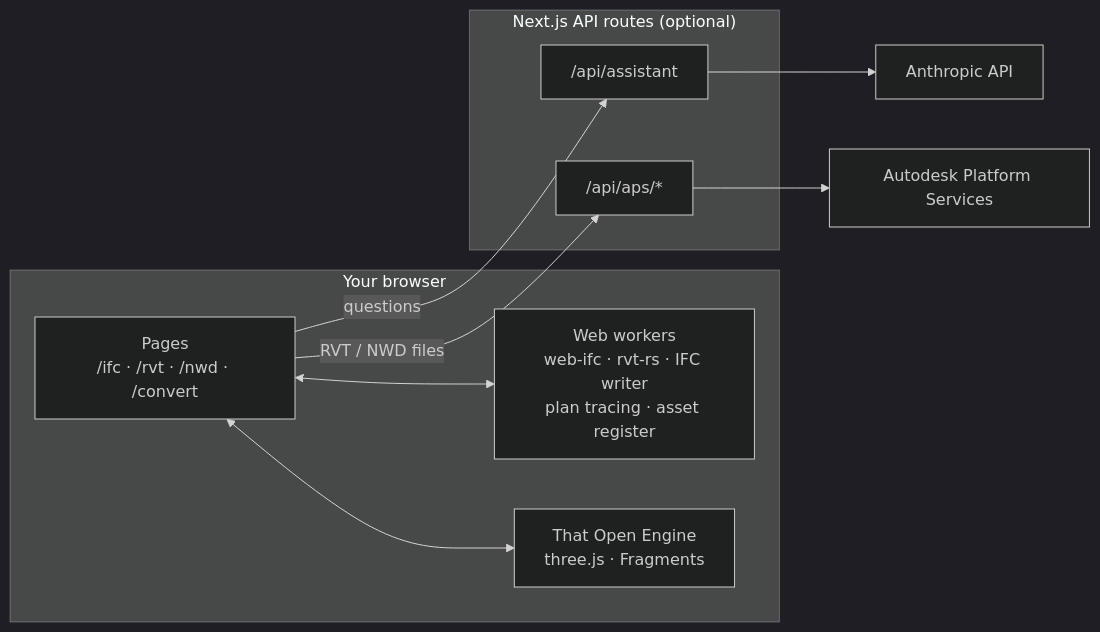
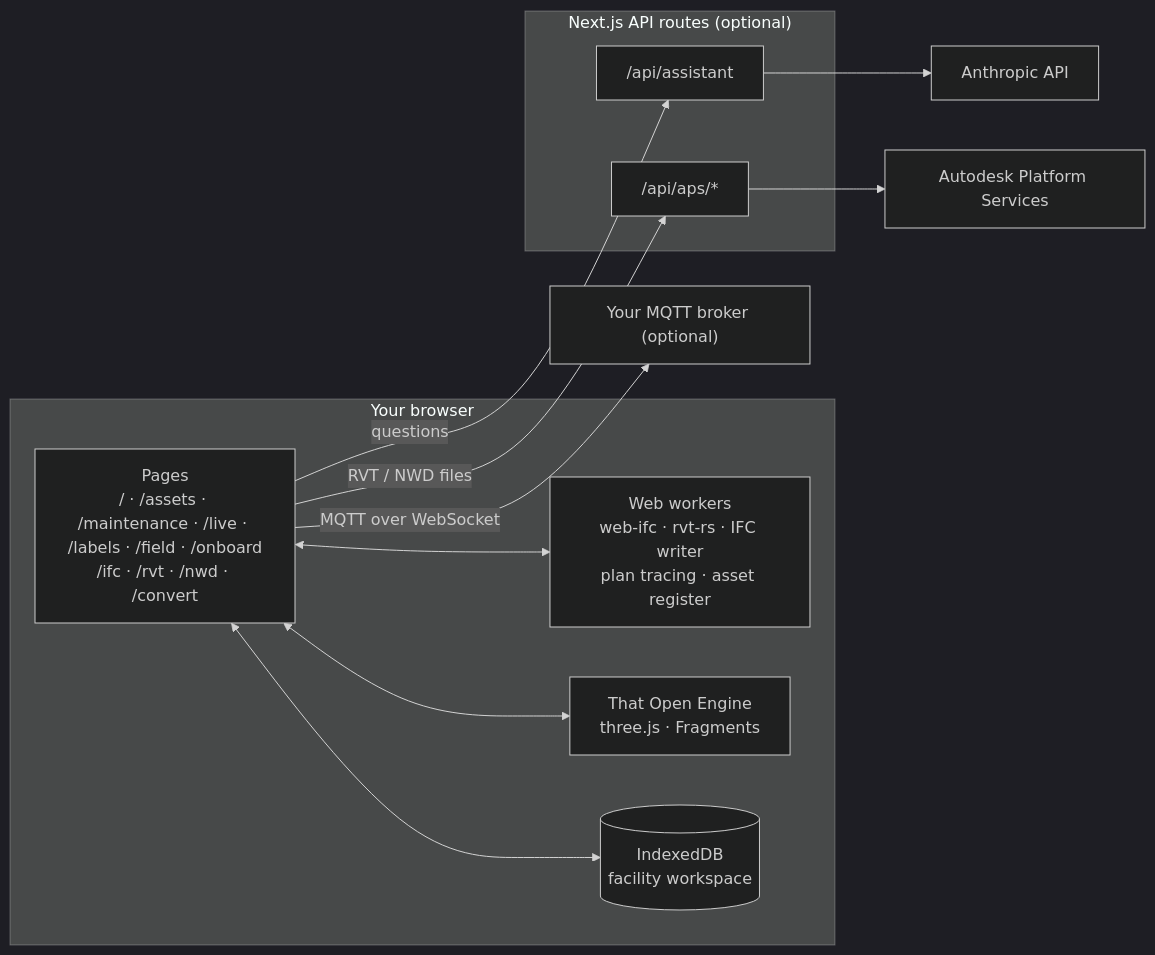
One commit to khjabir/bim-os changed the diagram in README.md. Above: the diagram before and after it, drawn with Mermaid (dark theme). The commit also changed other lines of this file and 73 other files, not shown here.

````diff
--- a/README.md
+++ b/README.md
@@ -68,18 +79,21 @@
 ```mermaid
 flowchart LR
   subgraph browser["Your browser"]
-    pages["Pages<br/>/ifc · /rvt · /nwd · /convert"]
+    pages["Pages<br/>/ · /assets · /maintenance · /live · /labels · /field · /onboard<br/>/ifc · /rvt · /nwd · /convert"]
     workers["Web workers<br/>web-ifc · rvt-rs · IFC writer<br/>plan tracing · asset register"]
     engine["That Open Engine<br/>three.js · Fragments"]
+    store[("IndexedDB<br/>facility workspace")]
   end
   subgraph server["Next.js API routes (optional)"]
     assistant["/api/assistant"]
     aps["/api/aps/*"]
   end
   pages <--> workers
   pages <--> engine
+  pages <--> store
+  pages -- "MQTT over WebSocket" --> broker["Your MQTT broker (optional)"]
   pages -- "questions" --> assistant
   assistant --> anthropic["Anthropic API"]
   pages -- "RVT / NWD files" --> aps
   aps --> autodesk["Autodesk Platform Services"]
 ```
````
